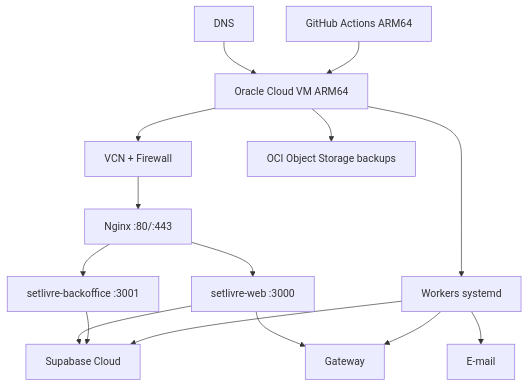
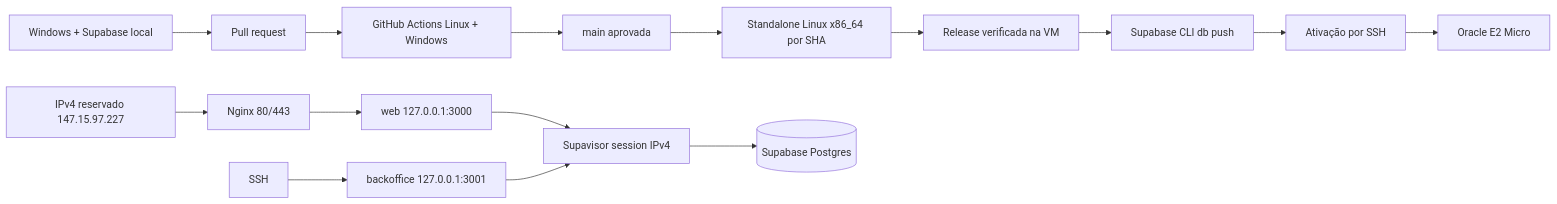
One commit to PedroRomeroM/set-livre changed the diagram in docs/infrastructure.md. Above: the diagram before and after it, drawn with Mermaid. The commit also changed other lines of this file and 247 other files, not shown here.

````diff
--- a/docs/infrastructure.md
+++ b/docs/infrastructure.md
@@ -5,19 +22,17 @@
 ```mermaid
-flowchart TB
-    DNS[DNS] --> OCI[Oracle Cloud VM ARM64]
-    OCI --> FW[VCN + Firewall]
-    FW --> NG[Nginx :80/:443]
-    NG --> WEB[setlivre-web :3000]
-    NG --> BO[setlivre-backoffice :3001]
-    OCI --> WK[Workers systemd]
-
-    WEB --> SB[Supabase Cloud]
-    BO --> SB
-    WK --> SB
-
-    WEB --> PAY[Gateway]
-    WK --> PAY
-    WK --> MAIL[E-mail]
-    OCI --> OBJ[OCI Object Storage backups]
-    CI[GitHub Actions ARM64] --> OCI
+flowchart LR
+    DEV[Windows + Supabase local] --> PR[Pull request]
+    PR --> CI[GitHub Actions Linux + Windows]
+    CI --> MAIN[main aprovada]
+    MAIN --> ART[Standalone Linux x86_64 por SHA]
+    ART --> STAGE[Release verificada na VM]
+    STAGE --> MIG[Supabase CLI db push]
+    MIG --> ACT[Ativação por SSH]
+    ACT --> VM[Oracle E2 Micro]
+    IP[IPv4 reservado 147.15.97.227] --> NG[Nginx 80/443]
+    NG --> WEB[web 127.0.0.1:3000]
+    SSH --> BO[backoffice 127.0.0.1:3001]
+    WEB --> POOL[Supavisor session IPv4]
+    BO --> POOL
+    POOL --> DB[(Supabase Postgres)]
 ```
````
